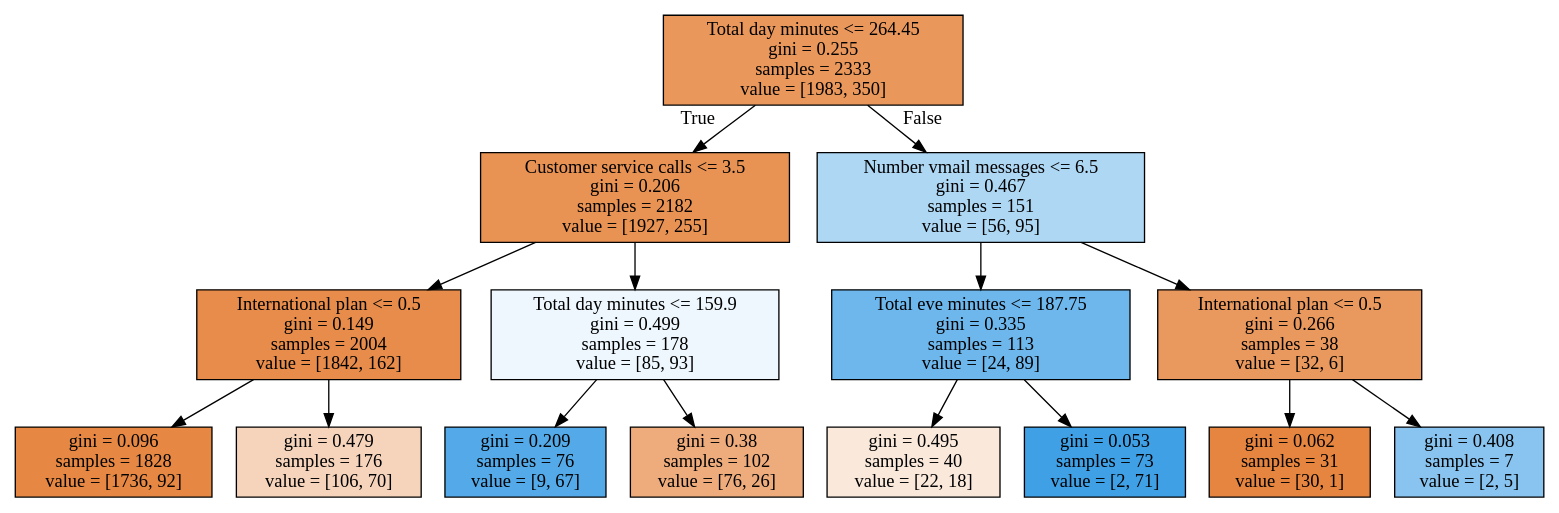
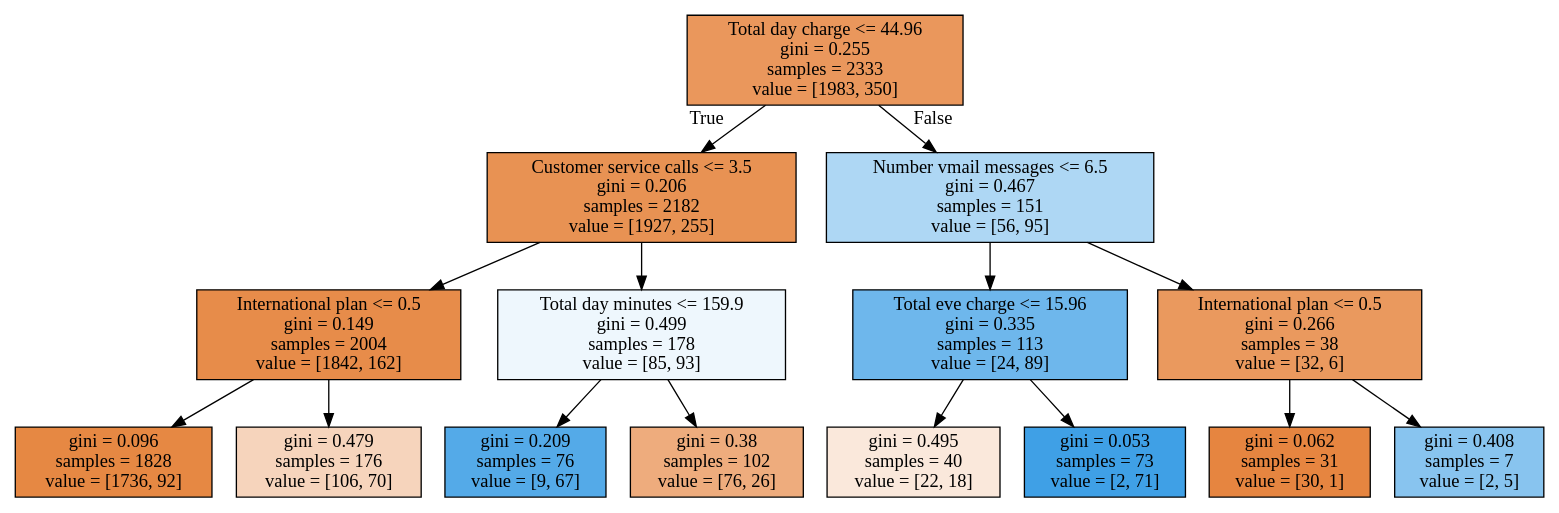
One commit to PavelPavells/machine_learning_projects changed the diagram in topic03_decision_trees_knn/telecom_tree2.dot. Above: the diagram before and after it, drawn with Graphviz. The commit also changed 18 other files, not shown here.

```diff
--- a/topic03_decision_trees_knn/telecom_tree2.dot
+++ b/topic03_decision_trees_knn/telecom_tree2.dot
@@ -1,32 +1,32 @@
 digraph Tree {
 node [shape=box, style="filled", color="black"] ;
-0 [label="Total day minutes <= 264.45\ngini = 0.255\nsamples = 2333\nvalue = [1983, 350]", fillcolor="#ea975c"] ;
+0 [label="Total day charge <= 44.96\ngini = 0.255\nsamples = 2333\nvalue = [1983, 350]", fillcolor="#ea975c"] ;
 1 [label="Customer service calls <= 3.5\ngini = 0.206\nsamples = 2182\nvalue = [1927, 255]", fillcolor="#e89253"] ;
 0 -> 1 [labeldistance=2.5, labelangle=45, headlabel="True"] ;
 2 [label="International plan <= 0.5\ngini = 0.149\nsamples = 2004\nvalue = [1842, 162]", fillcolor="#e78c4a"] ;
 1 -> 2 ;
 3 [label="gini = 0.096\nsamples = 1828\nvalue = [1736, 92]", fillcolor="#e68843"] ;
 2 -> 3 ;
 4 [label="gini = 0.479\nsamples = 176\nvalue = [106, 70]", fillcolor="#f6d4bc"] ;
 2 -> 4 ;
 5 [label="Total day minutes <= 159.9\ngini = 0.499\nsamples = 178\nvalue = [85, 93]", fillcolor="#eef7fd"] ;
 1 -> 5 ;
 6 [label="gini = 0.209\nsamples = 76\nvalue = [9, 67]", fillcolor="#54aae8"] ;
 5 -> 6 ;
 7 [label="gini = 0.38\nsamples = 102\nvalue = [76, 26]", fillcolor="#eeac7d"] ;
 5 -> 7 ;
 8 [label="Number vmail messages <= 6.5\ngini = 0.467\nsamples = 151\nvalue = [56, 95]", fillcolor="#aed7f4"] ;
 0 -> 8 [labeldistance=2.5, labelangle=-45, headlabel="False"] ;
-9 [label="Total eve minutes <= 187.75\ngini = 0.335\nsamples = 113\nvalue = [24, 89]", fillcolor="#6eb7ec"] ;
+9 [label="Total eve charge <= 15.96\ngini = 0.335\nsamples = 113\nvalue = [24, 89]", fillcolor="#6eb7ec"] ;
 8 -> 9 ;
 10 [label="gini = 0.495\nsamples = 40\nvalue = [22, 18]", fillcolor="#fae8db"] ;
 9 -> 10 ;
 11 [label="gini = 0.053\nsamples = 73\nvalue = [2, 71]", fillcolor="#3fa0e6"] ;
 9 -> 11 ;
 12 [label="International plan <= 0.5\ngini = 0.266\nsamples = 38\nvalue = [32, 6]", fillcolor="#ea995e"] ;
 8 -> 12 ;
 13 [label="gini = 0.062\nsamples = 31\nvalue = [30, 1]", fillcolor="#e68540"] ;
 12 -> 13 ;
 14 [label="gini = 0.408\nsamples = 7\nvalue = [2, 5]", fillcolor="#88c4ef"] ;
 12 -> 14 ;
 }
```
